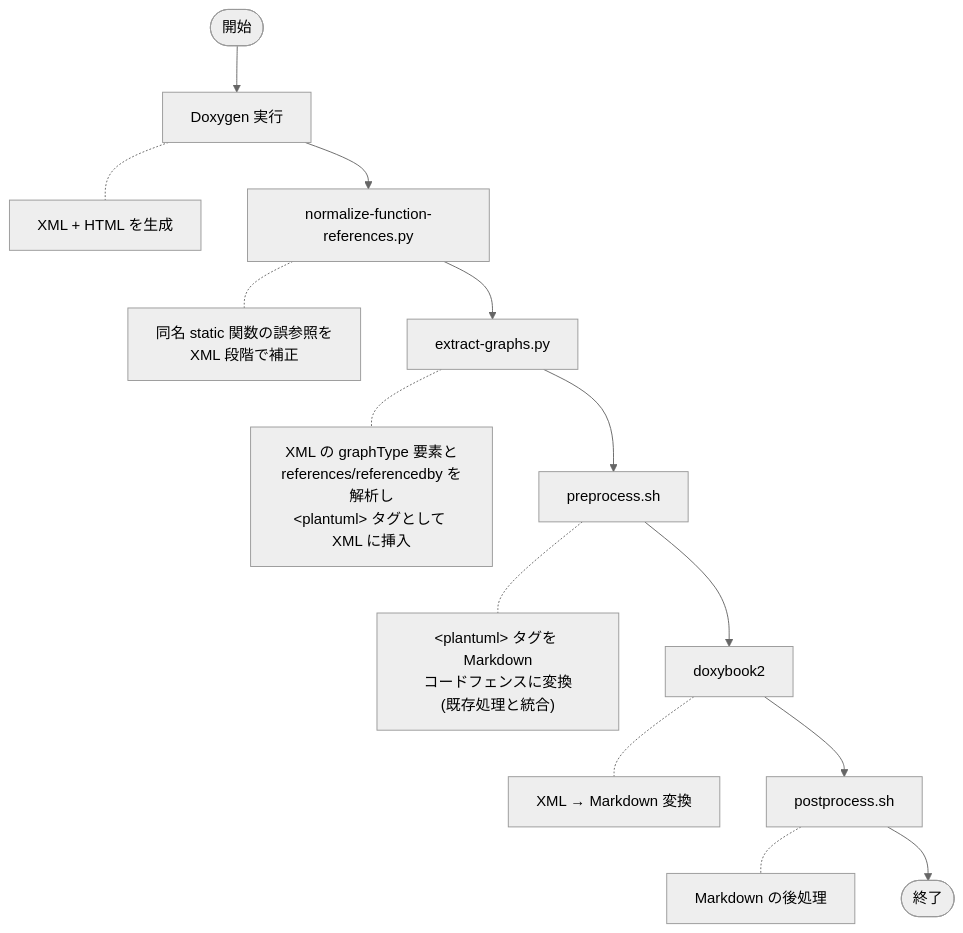
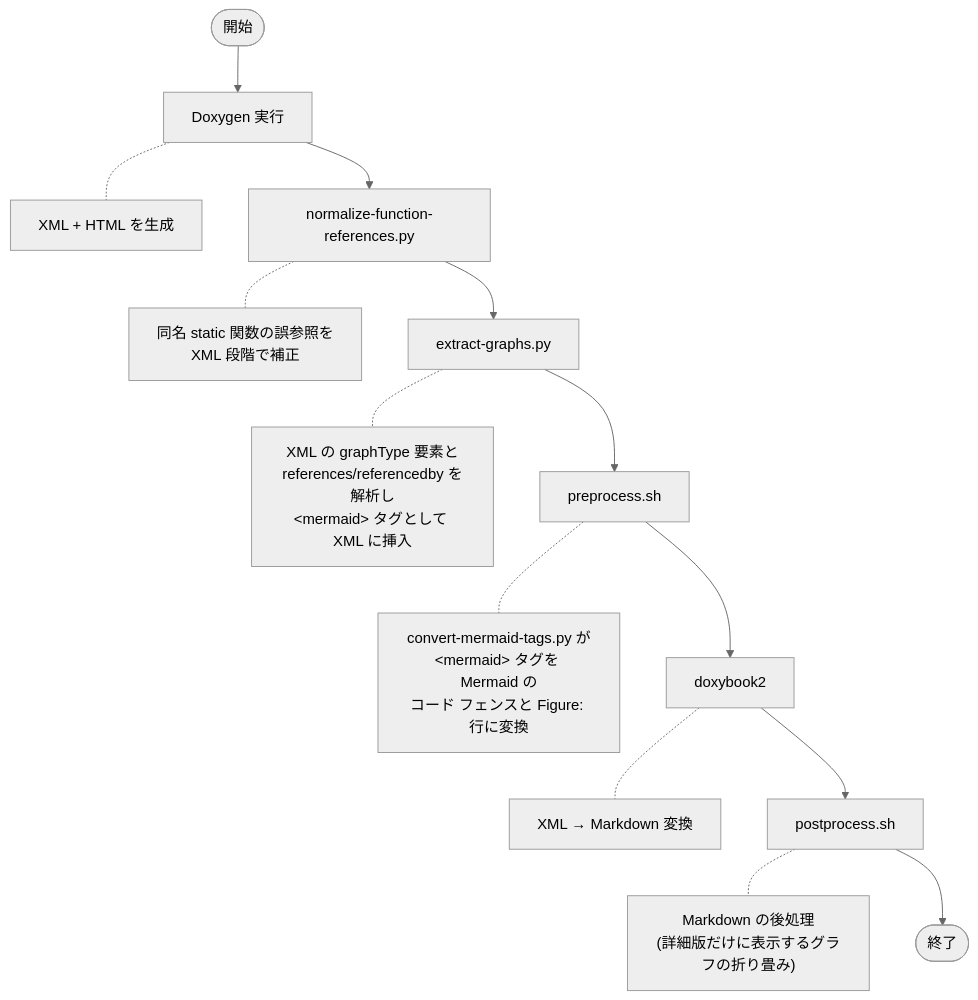
Before and after one commit to Hondarer/doxygen-framework: the first of 5 diagrams in docs/extract-graphs.md, drawn with Mermaid (neutral theme). The commit also changed other lines of this file and 15 other files, not shown here.

First line of the commit message:
feat: 自動生成グラフを Mermaid と Figure: キャプションで出力する

````diff
--- a/docs/extract-graphs.md
+++ b/docs/extract-graphs.md
@@ -17,16 +17,16 @@
 ```mermaid
 flowchart TD
     START([開始]) --> DOX["Doxygen 実行"]
     DOX -.- NOTE_DOX["XML + HTML を生成"]
     DOX --> NORM["normalize-function-references.py"]
     NORM -.- NOTE_NORM["同名 static 関数の誤参照を<br>XML 段階で補正"]
     NORM --> EXT["extract-graphs.py"]
-    EXT -.- NOTE_EXT["XML の graphType 要素と<br>references/referencedby を解析し<br>&lt;plantuml&gt; タグとして XML に挿入"]
+    EXT -.- NOTE_EXT["XML の graphType 要素と<br>references/referencedby を解析し<br>&lt;mermaid&gt; タグとして XML に挿入"]
     EXT --> PRE["preprocess.sh"]
-    PRE -.- NOTE_PRE["&lt;plantuml&gt; タグを Markdown<br>コードフェンスに変換<br>(既存処理と統合)"]
+    PRE -.- NOTE_PRE["convert-mermaid-tags.py が<br>&lt;mermaid&gt; タグを Mermaid の<br>コード フェンスと Figure: 行に変換"]
     PRE --> DOXYBOOK["doxybook2"]
     DOXYBOOK -.- NOTE_DOXYBOOK["XML → Markdown 変換"]
     DOXYBOOK --> POST["postprocess.sh"]
-    POST -.- NOTE_POST["Markdown の後処理"]
+    POST -.- NOTE_POST["Markdown の後処理<br>(詳細版だけに表示するグラフの折り畳み)"]
     POST --> END_NODE([終了])
 ```
````
